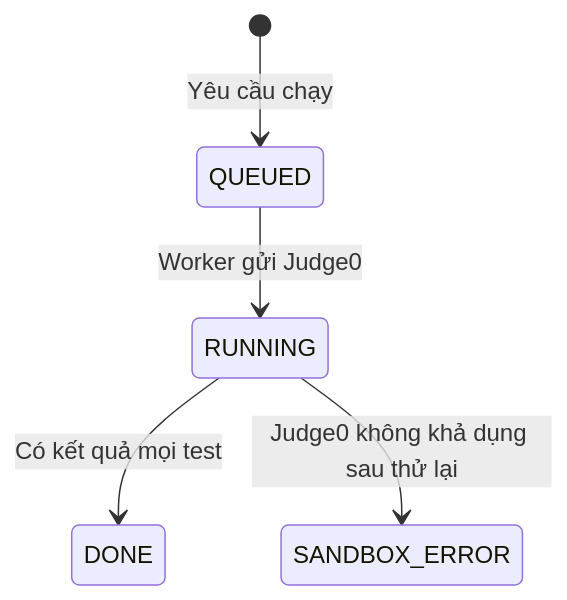
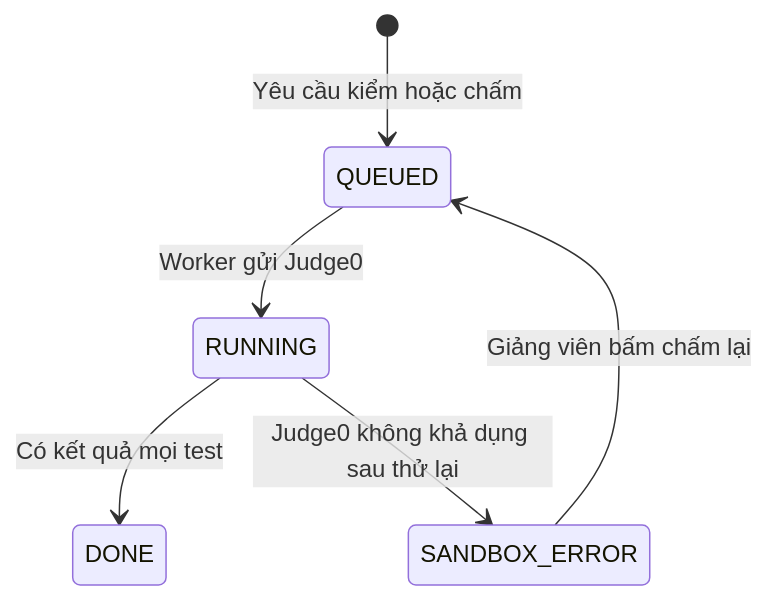
One commit to hygef-v4/AI-Powered-Learning-Platform changed the third of 3 diagrams in aidlc-docs/construction/u13-ai-code-execution/functional-design/domain-entities.md. Above: the diagram before and after it, drawn with Mermaid. The commit also changed other lines of this file and 185 other files, not shown here.

````diff
--- a/aidlc-docs/construction/u13-ai-code-execution/functional-design/domain-entities.md
+++ b/aidlc-docs/construction/u13-ai-code-execution/functional-design/domain-entities.md
@@ -82,7 +108,8 @@
 ```mermaid
 stateDiagram-v2
-    [*] --> QUEUED: Yêu cầu chạy
+    [*] --> QUEUED: Yêu cầu kiểm hoặc chấm
     QUEUED --> RUNNING: Worker gửi Judge0
     RUNNING --> DONE: Có kết quả mọi test
     RUNNING --> SANDBOX_ERROR: Judge0 không khả dụng sau thử lại
+    SANDBOX_ERROR --> QUEUED: Giảng viên bấm chấm lại
 ```
````
